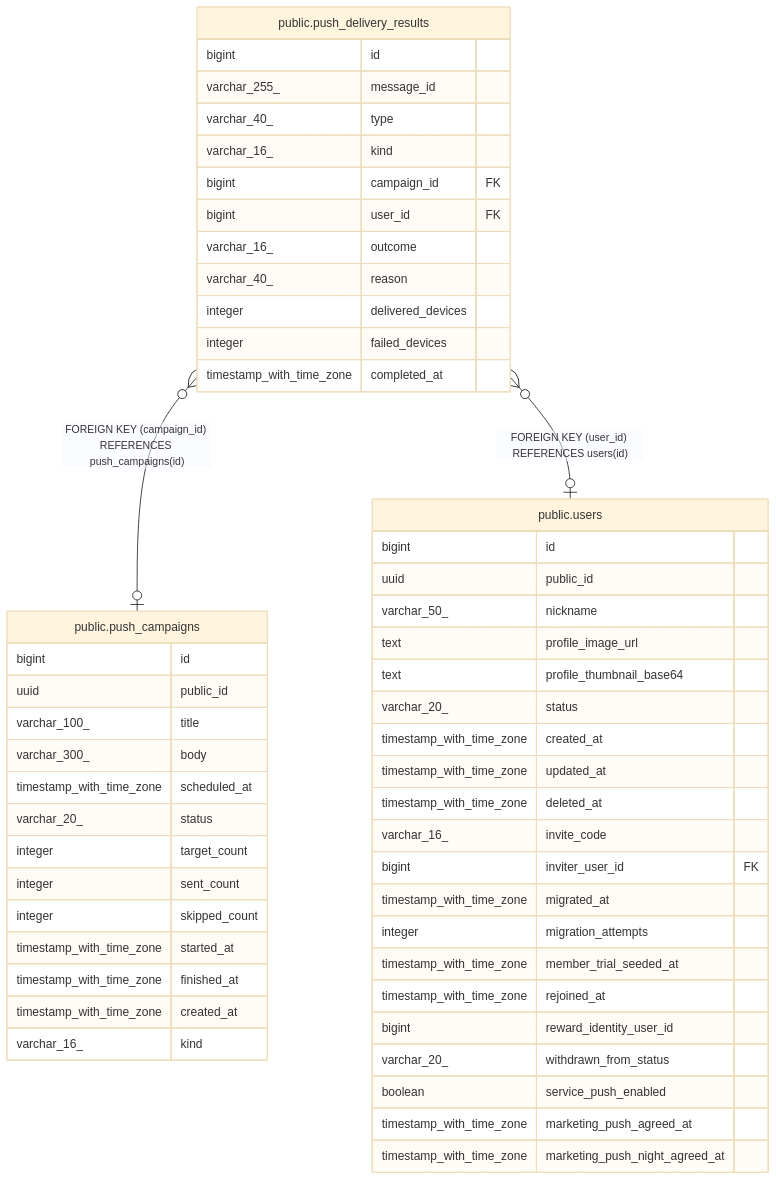
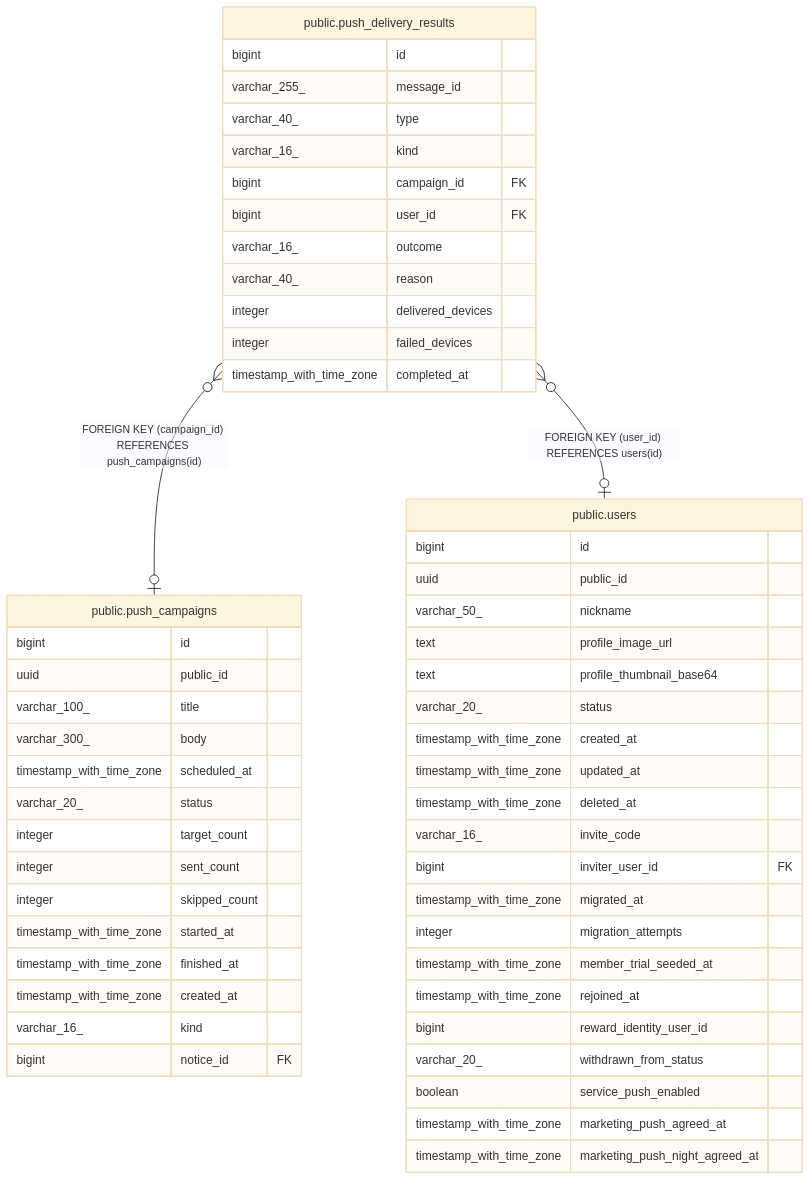
The diagram in dbdoc/public.push_delivery_results.md (KIM-N-KANG/manyak-server), drawn with Mermaid (base theme) before and after one commit. The commit also changed 3 other files, not shown here.

````diff
--- a/dbdoc/public.push_delivery_results.md
+++ b/dbdoc/public.push_delivery_results.md
@@ -43,57 +43,58 @@
 ```mermaid
 erDiagram
 
 "public.push_delivery_results" }o--o| "public.push_campaigns" : "FOREIGN KEY (campaign_id) REFERENCES push_campaigns(id)"
 "public.push_delivery_results" }o--o| "public.users" : "FOREIGN KEY (user_id) REFERENCES users(id)"
 
 "public.push_delivery_results" {
   bigint id
   varchar_255_ message_id
   varchar_40_ type
   varchar_16_ kind
   bigint campaign_id FK
   bigint user_id FK
   varchar_16_ outcome
   varchar_40_ reason
   integer delivered_devices
   integer failed_devices
   timestamp_with_time_zone completed_at
 }
 "public.push_campaigns" {
   bigint id
   uuid public_id
   varchar_100_ title
   varchar_300_ body
   timestamp_with_time_zone scheduled_at
   varchar_20_ status
   integer target_count
   integer sent_count
   integer skipped_count
   timestamp_with_time_zone started_at
   timestamp_with_time_zone finished_at
   timestamp_with_time_zone created_at
   varchar_16_ kind
+  bigint notice_id FK
 }
 "public.users" {
   bigint id
   uuid public_id
   varchar_50_ nickname
   text profile_image_url
   text profile_thumbnail_base64
   varchar_20_ status
   timestamp_with_time_zone created_at
   timestamp_with_time_zone updated_at
   timestamp_with_time_zone deleted_at
   varchar_16_ invite_code
   bigint inviter_user_id FK
   timestamp_with_time_zone migrated_at
   integer migration_attempts
   timestamp_with_time_zone member_trial_seeded_at
   timestamp_with_time_zone rejoined_at
   bigint reward_identity_user_id
   varchar_20_ withdrawn_from_status
   boolean service_push_enabled
   timestamp_with_time_zone marketing_push_agreed_at
   timestamp_with_time_zone marketing_push_night_agreed_at
 }
 ```
````
